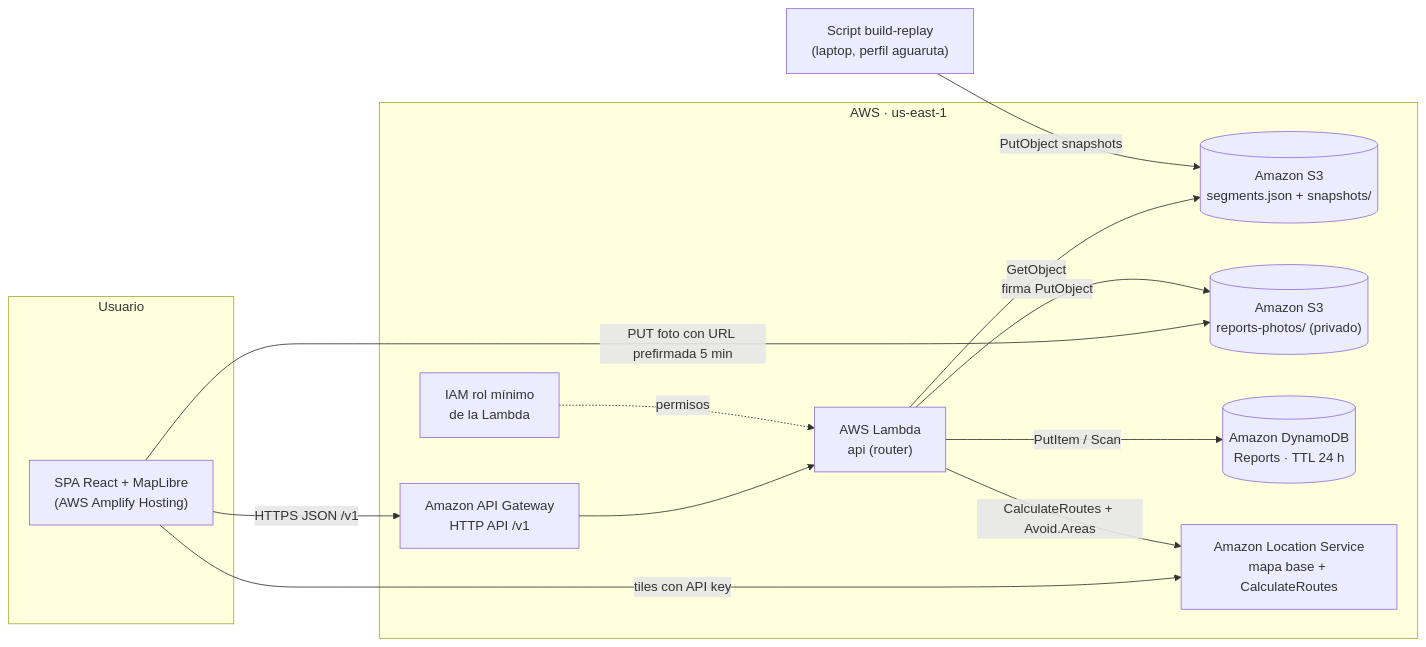
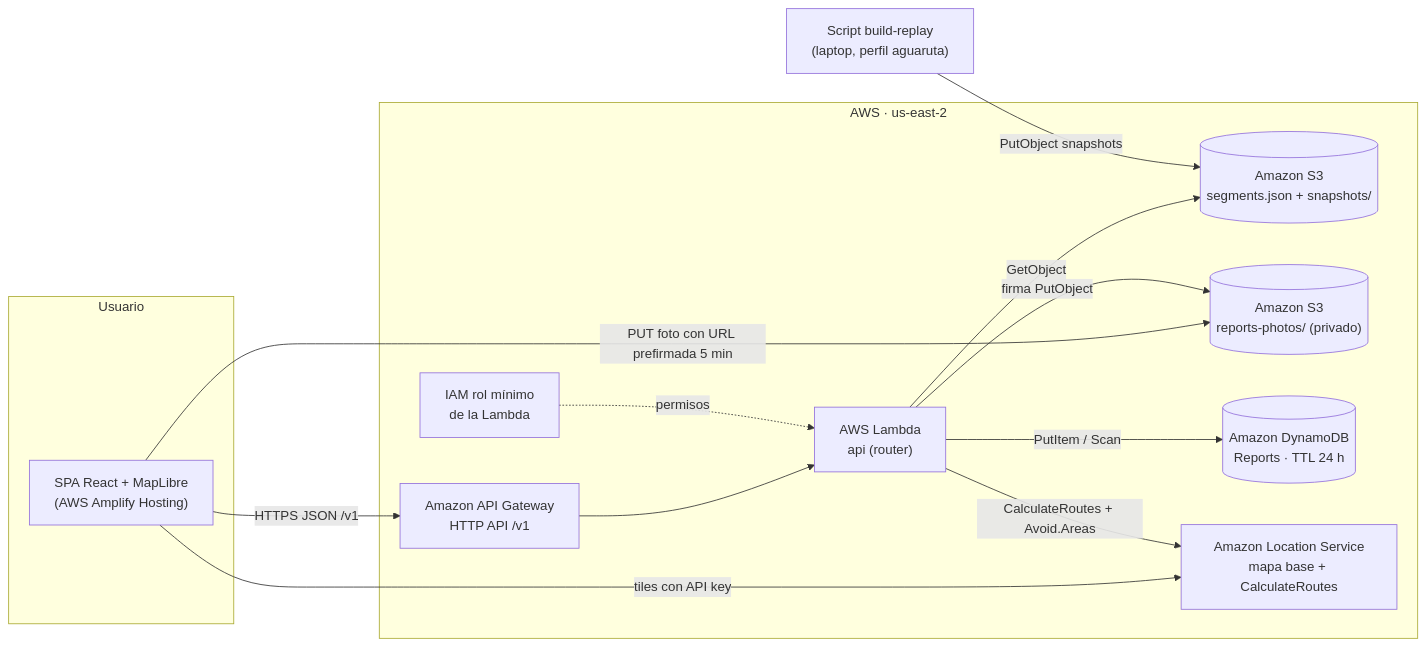
One commit to DanielEspinosaChim/aguaruta-merida changed the diagram in docs/arquitectura.md. Above: the diagram before and after it, drawn with Mermaid. The commit also changed 2 other files, not shown here.

Commit message:
feat: despliegue en AWS us-east-2 (S3, DynamoDB, Lambda, API Gateway, Amplify) y URLs en README

````diff
--- a/docs/arquitectura.md
+++ b/docs/arquitectura.md
@@ -3,28 +3,28 @@
 ```mermaid
 flowchart LR
   subgraph Usuario
     WEB["SPA React + MapLibre<br/>(AWS Amplify Hosting)"]
   end
 
-  subgraph AWS["AWS · us-east-1"]
+  subgraph AWS["AWS · us-east-2"]
     APIGW["Amazon API Gateway<br/>HTTP API /v1"]
     LAMBDA["AWS Lambda<br/>api (router)"]
     S3S[("Amazon S3<br/>segments.json + snapshots/")]
     S3F[("Amazon S3<br/>reports-photos/ (privado)")]
     DDB[("Amazon DynamoDB<br/>Reports · TTL 24 h")]
     LOC["Amazon Location Service<br/>mapa base + CalculateRoutes"]
     IAM["IAM rol mínimo<br/>de la Lambda"]
   end
 
   DEV["Script build-replay<br/>(laptop, perfil aguaruta)"]
 
   WEB -->|HTTPS JSON /v1| APIGW --> LAMBDA
   WEB -->|PUT foto con URL prefirmada 5 min| S3F
   WEB -->|tiles con API key| LOC
   LAMBDA -->|GetObject| S3S
   LAMBDA -->|PutItem / Scan| DDB
   LAMBDA -->|firma PutObject| S3F
   LAMBDA -->|CalculateRoutes + Avoid.Areas| LOC
   IAM -. permisos .-> LAMBDA
   DEV -->|PutObject snapshots| S3S
 ```
````
